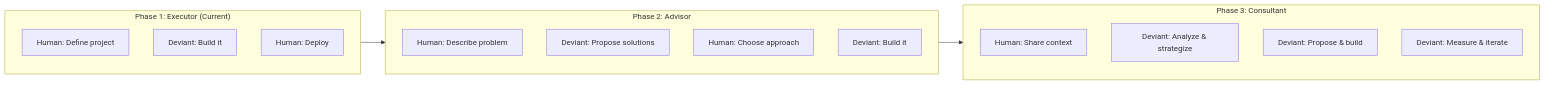
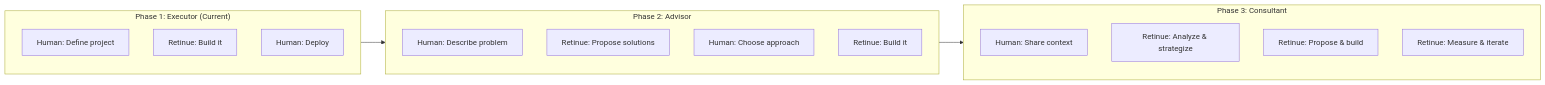
The first of 2 diagrams in docs/articles/6-future-plans/01-agent-to-consultant.md (nicanor-korir/retinue), drawn with Mermaid before and after one commit. The commit also changed other lines of this file and 128 other files, not shown here.

First line of the commit message:
feat(rebrand): rename Deviant/AgentGo to Retinue, rewrite docs, add shared-VPS deploy

````diff
--- a/docs/articles/6-future-plans/01-agent-to-consultant.md
+++ b/docs/articles/6-future-plans/01-agent-to-consultant.md
@@ -25,24 +25,24 @@
 ```mermaid
 flowchart LR
     subgraph Phase1["Phase 1: Executor (Current)"]
         P1A[Human: Define project]
-        P1B[Deviant: Build it]
+        P1B[Retinue: Build it]
         P1C[Human: Deploy]
     end
 
     subgraph Phase2["Phase 2: Advisor"]
         P2A[Human: Describe problem]
-        P2B[Deviant: Propose solutions]
+        P2B[Retinue: Propose solutions]
         P2C[Human: Choose approach]
-        P2D[Deviant: Build it]
+        P2D[Retinue: Build it]
     end
 
     subgraph Phase3["Phase 3: Consultant"]
         P3A[Human: Share context]
-        P3B[Deviant: Analyze & strategize]
-        P3C[Deviant: Propose & build]
-        P3D[Deviant: Measure & iterate]
+        P3B[Retinue: Analyze & strategize]
+        P3C[Retinue: Propose & build]
+        P3D[Retinue: Measure & iterate]
     end
 
     Phase1 --> Phase2 --> Phase3
 ```
````
